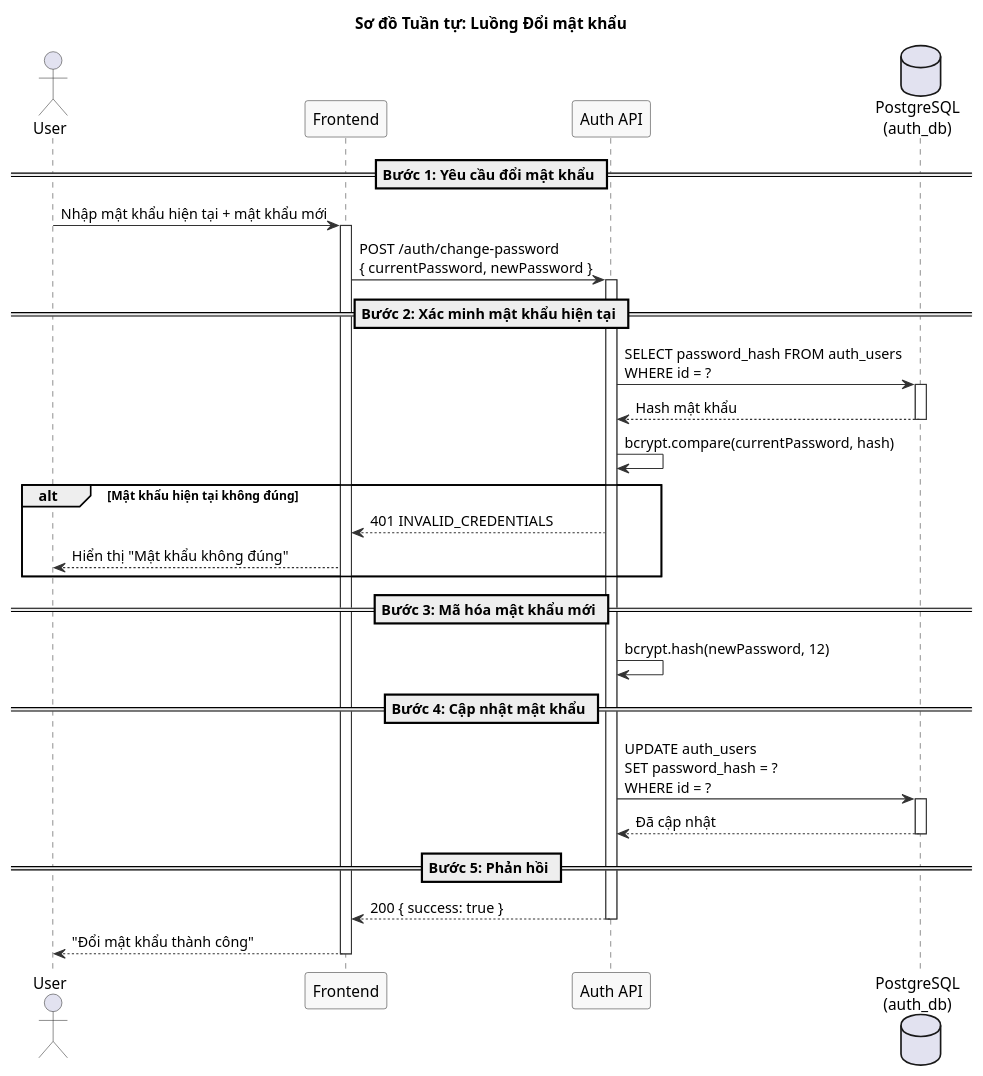
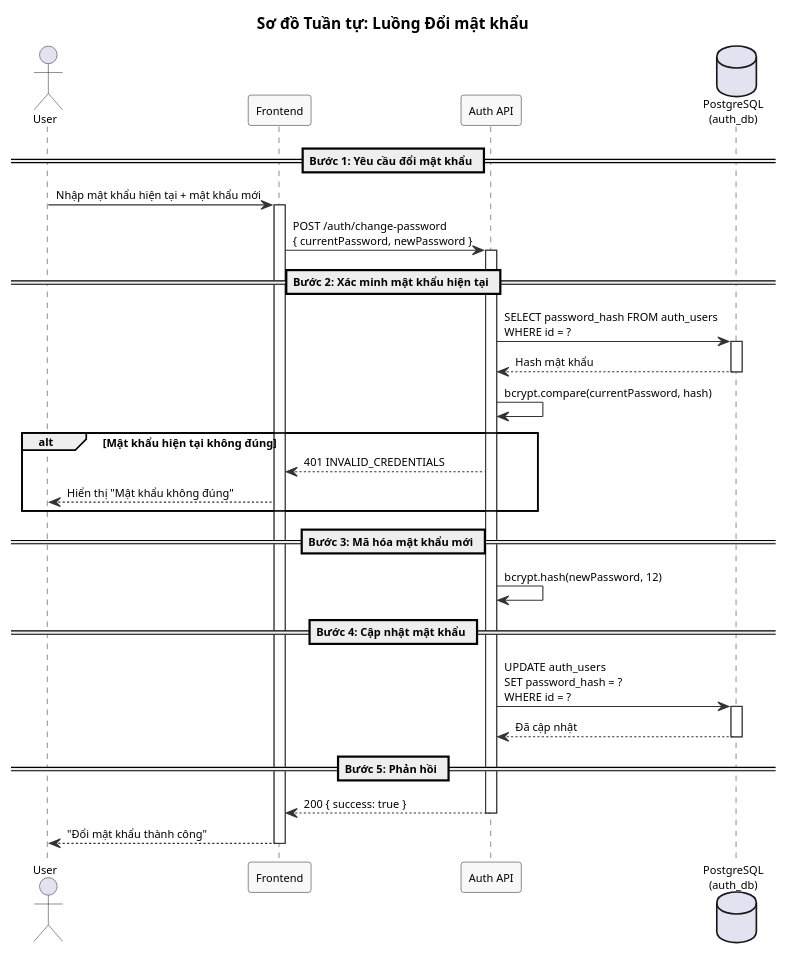
The diagram in modules/auth/diagrams/sequence/change-password-sequence.puml (namnh240795/document), drawn with PlantUML before and after one commit. The commit also changed 126 other files, not shown here.

First line of the commit message:
feat(docs): update FILE module docs - S3 to local filesystem, fix diagrams

```diff
--- a/modules/auth/diagrams/sequence/change-password-sequence.puml
+++ b/modules/auth/diagrams/sequence/change-password-sequence.puml
@@ -1,62 +1,69 @@
 @startuml
 ' ============================================================
 ' Sơ đồ Tuần tự - Luồng Đổi mật khẩu
 ' ============================================================
 
 skinparam sequence {
   ArrowColor #333333
   ActorBorderColor #333333
   LifeLineBorderColor #333333
   ParticipantBackgroundColor #F8F8F8
   ParticipantBorderColor #333333
 }
 
 title Sơ đồ Tuần tự: Luồng Đổi mật khẩu
+
+skinparam sequenceArrowThickness 1
+skinparam sequenceParticipantPadding 5
+skinparam sequenceLifeLineBorderColor #333
+skinparam defaultFontSize 10
+skinparam nodesep 15
+skinparam ranksep 15
 
 actor User
 participant "Frontend" as FE
 participant "Auth API" as API
 database "PostgreSQL\n(auth_db)" as DB
 
 == Bước 1: Yêu cầu đổi mật khẩu ==
 
 User -> FE : Nhập mật khẩu hiện tại + mật khẩu mới
 activate FE
 
 FE -> API : POST /auth/change-password\n{ currentPassword, newPassword }
 activate API
 
 == Bước 2: Xác minh mật khẩu hiện tại ==
 
 API -> DB : SELECT password_hash FROM auth_users\nWHERE id = ?
 activate DB
 DB --> API : Hash mật khẩu
 deactivate DB
 
 API -> API : bcrypt.compare(currentPassword, hash)
 
 alt Mật khẩu hiện tại không đúng
   API --> FE : 401 INVALID_CREDENTIALS
   FE --> User : Hiển thị "Mật khẩu không đúng"
 end
 
 == Bước 3: Mã hóa mật khẩu mới ==
 
 API -> API : bcrypt.hash(newPassword, 12)
 
 == Bước 4: Cập nhật mật khẩu ==
 
 API -> DB : UPDATE auth_users\nSET password_hash = ?\nWHERE id = ?
 activate DB
 DB --> API : Đã cập nhật
 deactivate DB
 
 == Bước 5: Phản hồi ==
 
 API --> FE : 200 { success: true }
 deactivate API
 
 FE --> User : "Đổi mật khẩu thành công"
 deactivate FE
 
 @enduml
```
